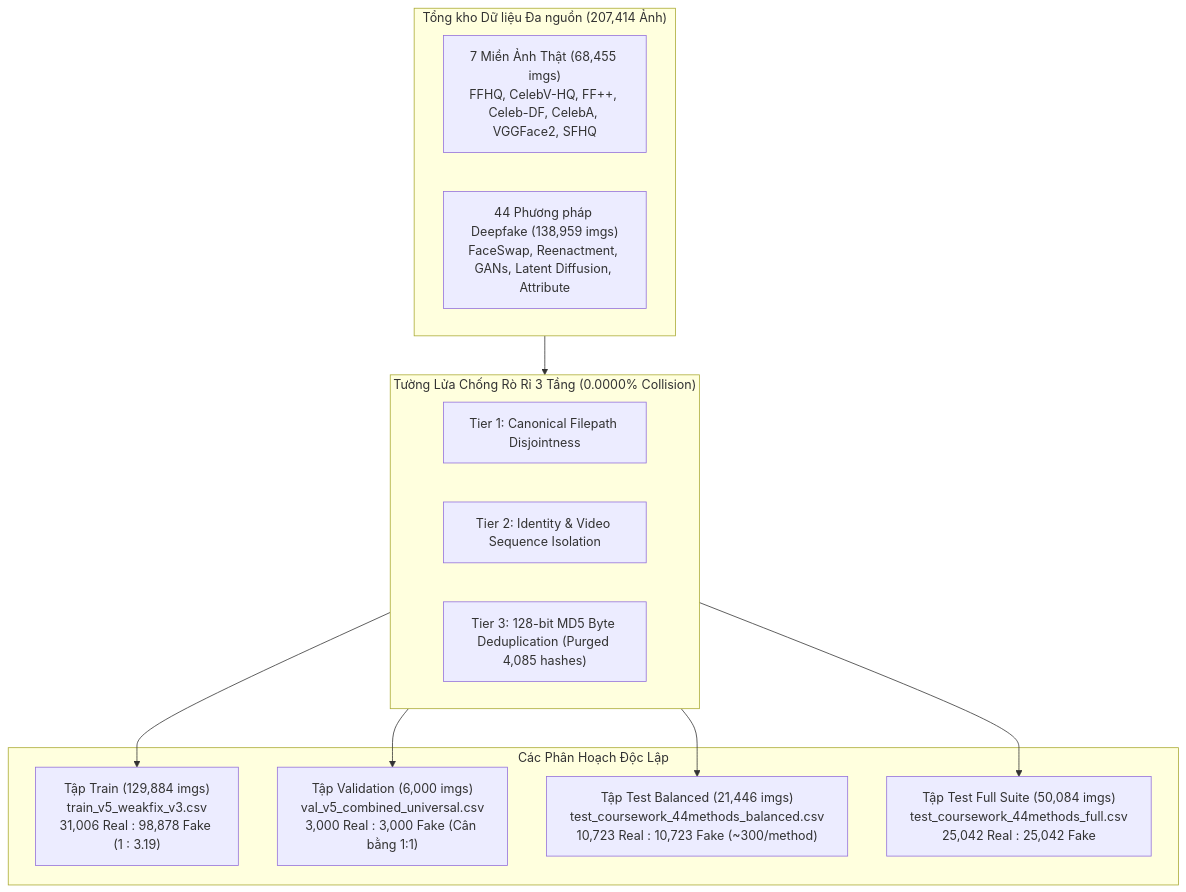
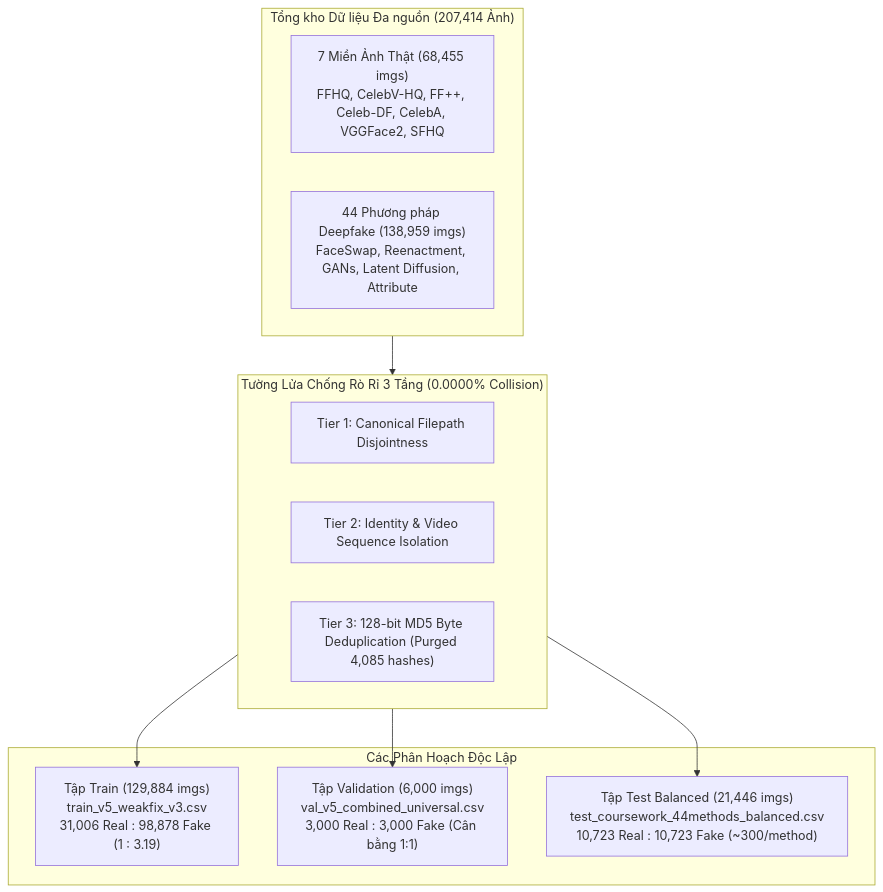
The first of 8 diagrams in docs/DATA.md (zombieTDV/deepfake-ViT), drawn with Mermaid before and after one commit. The commit also changed other lines of this file and 7 other files, not shown here.

````diff
--- a/docs/DATA.md
+++ b/docs/DATA.md
@@ -41,26 +41,24 @@
 ```mermaid
 flowchart TD
     subgraph Raw_Assets["Tổng kho Dữ liệu Đa nguồn (207,414 Ảnh)"]
         R1["7 Miền Ảnh Thật (68,455 imgs)<br/>FFHQ, CelebV-HQ, FF++, Celeb-DF, CelebA, VGGFace2, SFHQ"]
         R2["44 Phương pháp Deepfake (138,959 imgs)<br/>FaceSwap, Reenactment, GANs, Latent Diffusion, Attribute"]
     end
 
     subgraph Firewall["Tường Lửa Chống Rò Rỉ 3 Tầng (0.0000% Collision)"]
         F1["Tier 1: Canonical Filepath Disjointness"]
         F2["Tier 2: Identity & Video Sequence Isolation"]
         F3["Tier 3: 128-bit MD5 Byte Deduplication (Purged 4,085 hashes)"]
     end
 
     subgraph Partitions["Các Phân Hoạch Độc Lập"]
         P_Train["Tập Train (129,884 imgs)<br/>train_v5_weakfix_v3.csv<br/>31,006 Real : 98,878 Fake (1 : 3.19)"]
         P_Val["Tập Validation (6,000 imgs)<br/>val_v5_combined_universal.csv<br/>3,000 Real : 3,000 Fake (Cân bằng 1:1)"]
         P_Test_Bal["Tập Test Balanced (21,446 imgs)<br/>test_coursework_44methods_balanced.csv<br/>10,723 Real : 10,723 Fake (~300/method)"]
-        P_Test_Full["Tập Test Full Suite (50,084 imgs)<br/>test_coursework_44methods_full.csv<br/>25,042 Real : 25,042 Fake"]
     end
 
     Raw_Assets --> Firewall
     Firewall --> P_Train
     Firewall --> P_Val
     Firewall --> P_Test_Bal
-    Firewall --> P_Test_Full
 ```
````
